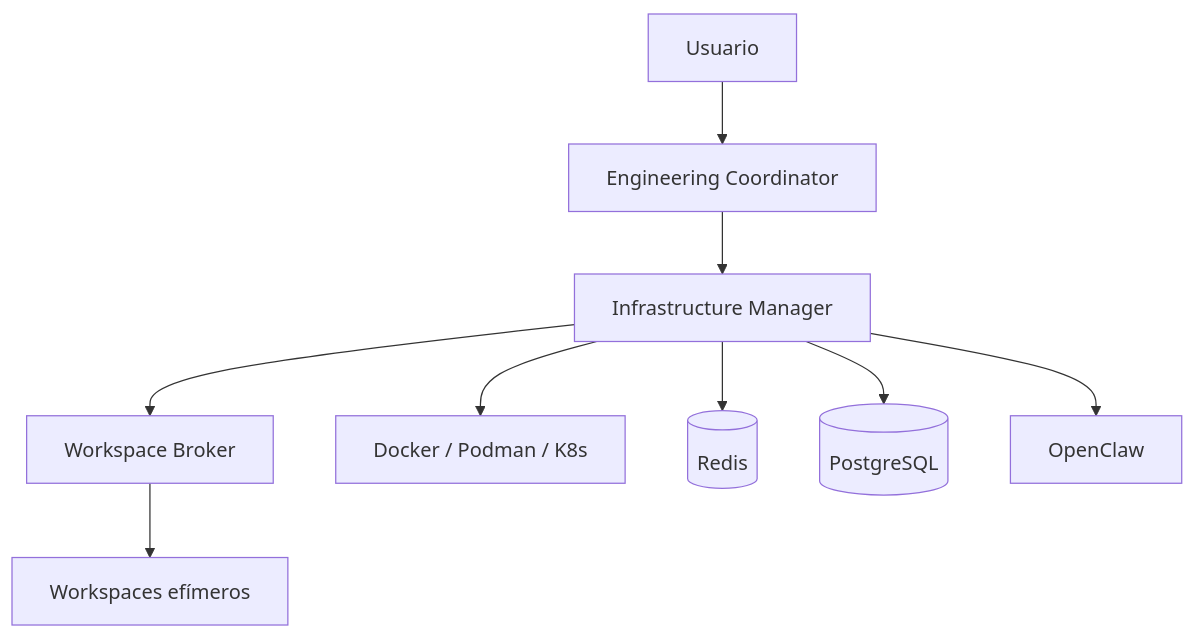
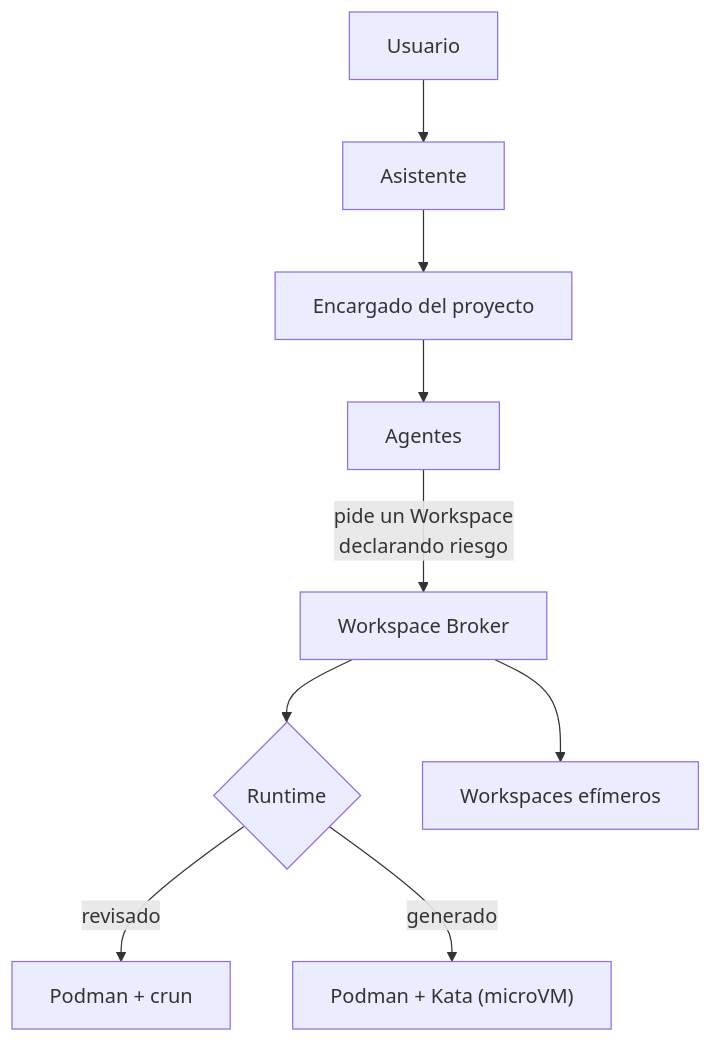
The diagram in README.md (osorio-cristian-wt/jafne), drawn with Mermaid before and after one commit. The commit also changed other lines of this file and 6 other files, not shown here.

````diff
--- a/README.md
+++ b/README.md
@@ -20,11 +20,11 @@
 ```mermaid
 flowchart TD
-    U[Usuario] --> C[Engineering Coordinator]
-    C --> IM[Infrastructure Manager]
-    IM --> WB[Workspace Broker]
-    IM --> V[Docker / Podman / K8s]
-    IM --> R[(Redis)]
-    IM --> P[(PostgreSQL)]
-    IM --> OC[OpenClaw]
+    U[Usuario] --> AS[Asistente]
+    AS --> EN[Encargado del proyecto]
+    EN --> AG[Agentes]
+    AG -->|"pide un Workspace<br/>declarando riesgo"| WB[Workspace Broker]
+    WB --> R{Runtime}
+    R -->|revisado| C["Podman + crun"]
+    R -->|generado| M["Podman + Kata (microVM)"]
     WB --> WS[Workspaces efímeros]
 ```
````
